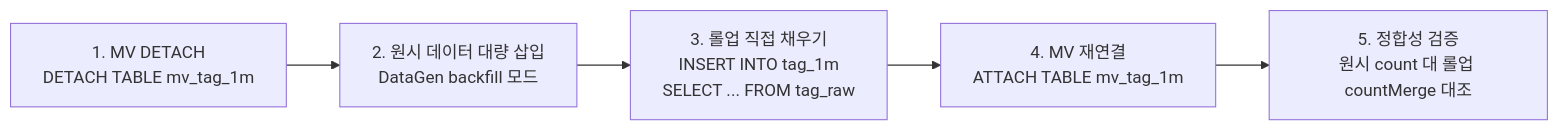
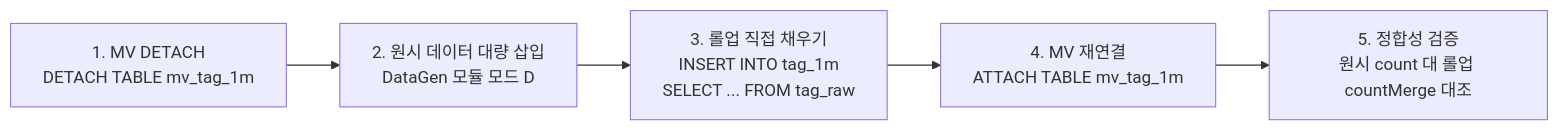
Before and after one commit to jaepil02/db_study: diagram 13 of 19 in data_flow.md, drawn with Mermaid. The commit also changed other lines of this file and 3 other files, not shown here.

````diff
--- a/data_flow.md
+++ b/data_flow.md
@@ -681,10 +717,10 @@
 ```mermaid
 flowchart LR
     S1["1. MV DETACH<br/>DETACH TABLE mv_tag_1m"]
-    S2["2. 원시 데이터 대량 삽입<br/>DataGen backfill 모드"]
+    S2["2. 원시 데이터 대량 삽입<br/>DataGen 모듈 모드 D"]
     S3["3. 롤업 직접 채우기<br/>INSERT INTO tag_1m<br/>SELECT ... FROM tag_raw"]
     S4["4. MV 재연결<br/>ATTACH TABLE mv_tag_1m"]
     S5["5. 정합성 검증<br/>원시 count 대 롤업 countMerge 대조"]
 
     S1 --> S2 --> S3 --> S4 --> S5
 ```
````
